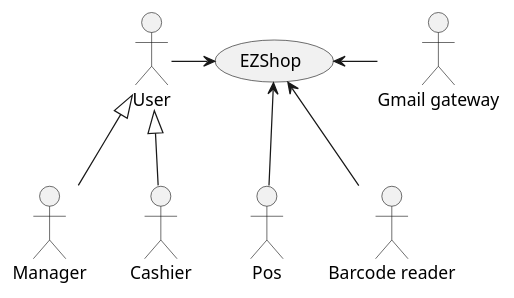
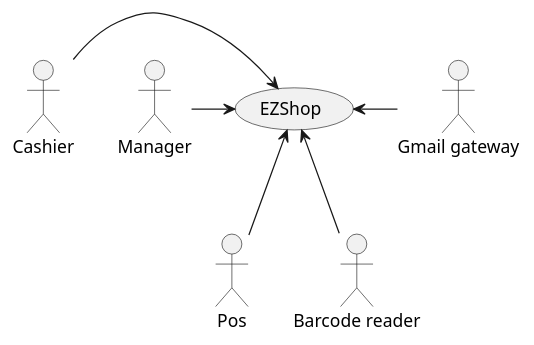
Before and after one commit to giuseppesalvi/ezshop: the first of 8 diagrams in Deliverables/RequirementsDocument.md, drawn with PlantUML. The commit also changed other lines of this file, not shown here.

````diff
--- a/Deliverables/RequirementsDocument.md
+++ b/Deliverables/RequirementsDocument.md
@@ -57,14 +57,12 @@
 ```plantuml
 actor Manager as a
-actor Cashier as o
-actor User as u
+actor Cashier as c
 actor Pos as p
 actor "Barcode reader" as b
 actor "Gmail gateway" as g
-a -up-|> u
-o -up-|> u
-(EZShop) <-left- u
+(EZShop) <-left- a
+(EZShop) <-left- c
 (EZShop) <-- p
 (EZShop) <-- b
 (EZShop) <-right- g
 ```
````
